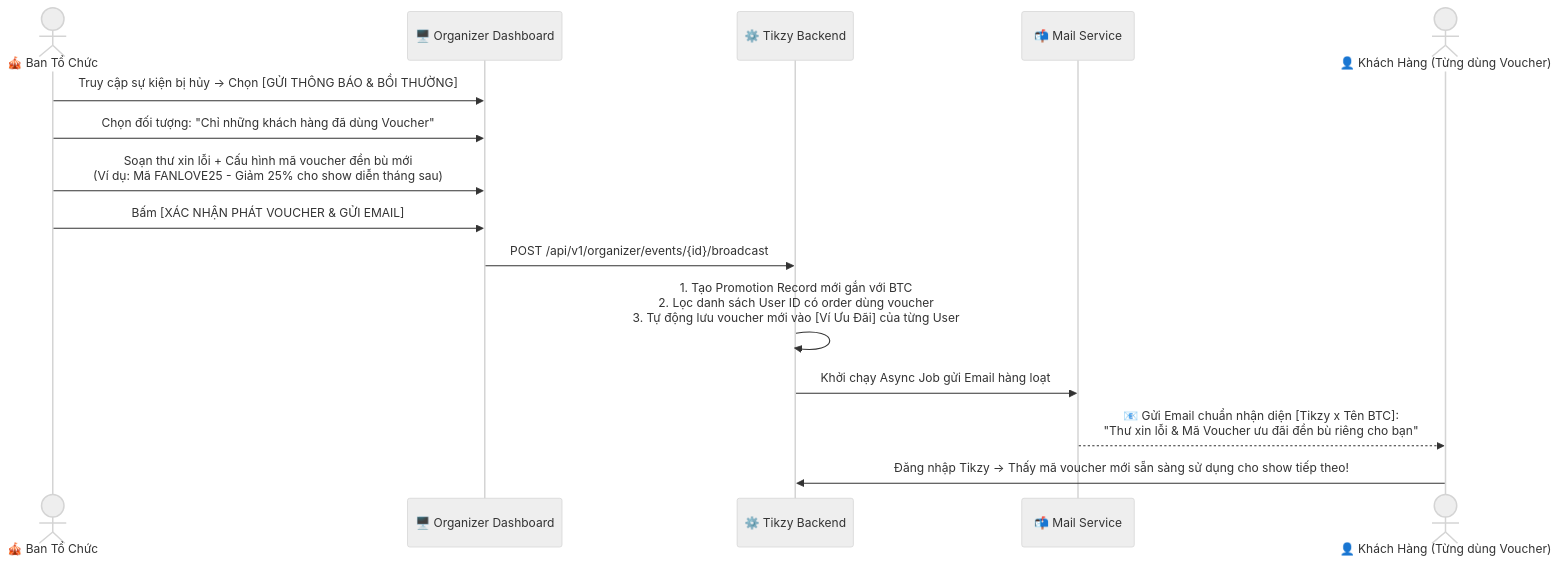
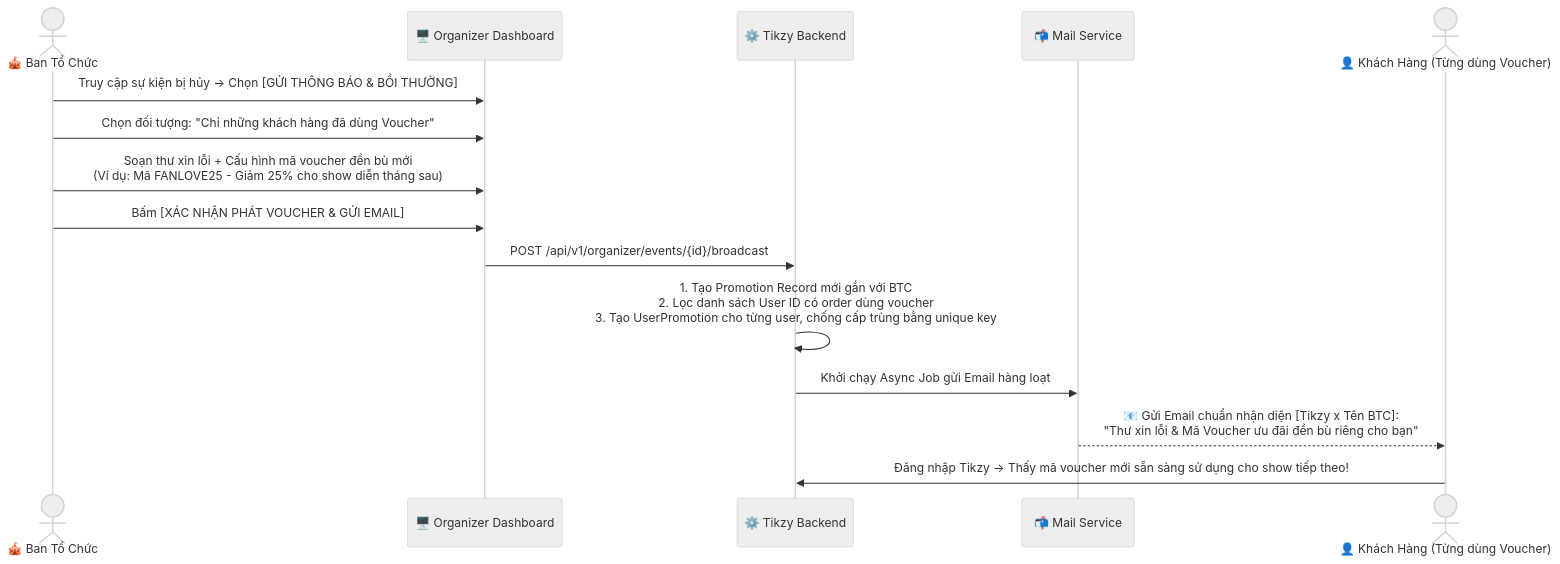
One commit to HaoHV2k5/tikzy changed the sixth of 8 diagrams in analysis_results.md. Above: the diagram before and after it, drawn with Mermaid (neutral theme). The commit also changed other lines of this file and 16 other files, not shown here.

````diff
--- a/analysis_results.md
+++ b/analysis_results.md
@@ -176,20 +177,20 @@
 ```mermaid
 sequenceDiagram
     actor BTC as 🎪 Ban Tổ Chức
     participant ORG_UI as 🖥️ Organizer Dashboard
     participant SYS as ⚙️ Tikzy Backend
     participant MAIL as 📬 Mail Service
     actor KH as 👤 Khách Hàng (Từng dùng Voucher)
 
     BTC->>ORG_UI: Truy cập sự kiện bị hủy -> Chọn [GỬI THÔNG BÁO & BỒI THƯỜNG]
     BTC->>ORG_UI: Chọn đối tượng: "Chỉ những khách hàng đã dùng Voucher"
     BTC->>ORG_UI: Soạn thư xin lỗi + Cấu hình mã voucher đền bù mới<br/>(Ví dụ: Mã FANLOVE25 - Giảm 25% cho show diễn tháng sau)
     BTC->>ORG_UI: Bấm [XÁC NHẬN PHÁT VOUCHER & GỬI EMAIL]
 
     ORG_UI->>SYS: POST /api/v1/organizer/events/{id}/broadcast
-    SYS->>SYS: 1. Tạo Promotion Record mới gắn với BTC<br/>2. Lọc danh sách User ID có order dùng voucher<br/>3. Tự động lưu voucher mới vào [Ví Ưu Đãi] của từng User
+    SYS->>SYS: 1. Tạo Promotion Record mới gắn với BTC<br/>2. Lọc danh sách User ID có order dùng voucher<br/>3. Tạo UserPromotion cho từng user, chống cấp trùng bằng unique key
     SYS->>MAIL: Khởi chạy Async Job gửi Email hàng loạt
     
     MAIL-->>KH: 📧 Gửi Email chuẩn nhận diện [Tikzy x Tên BTC]:<br/>"Thư xin lỗi & Mã Voucher ưu đãi đền bù riêng cho bạn"
     KH->>SYS: Đăng nhập Tikzy -> Thấy mã voucher mới sẵn sàng sử dụng cho show tiếp theo!
 ```
````
